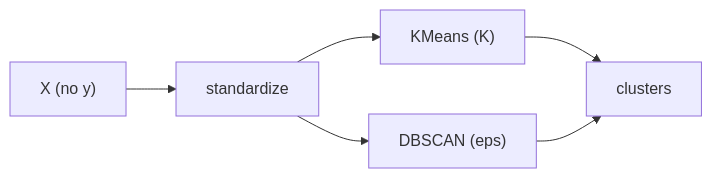
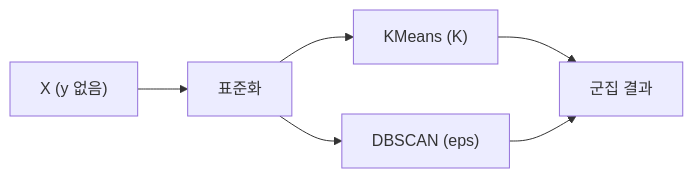
Before and after one commit to yeongseon-books/book-content: the diagram in content/machine-learning-101/ko/07-clustering.md, drawn with Mermaid. The commit also changed other lines of this file and 6 other files, not shown here.

````diff
--- a/content/machine-learning-101/ko/07-clustering.md
+++ b/content/machine-learning-101/ko/07-clustering.md
@@ -33,8 +47,8 @@
 ```mermaid
 flowchart LR
-    Data["X (no y)"] --> Std["standardize"]
+    Data["X (y 없음)"] --> Std["표준화"]
     Std --> KM["KMeans (K)"]
     Std --> DB["DBSCAN (eps)"]
-    KM --> Out["clusters"]
+    KM --> Out["군집 결과"]
     DB --> Out
 ```
````
